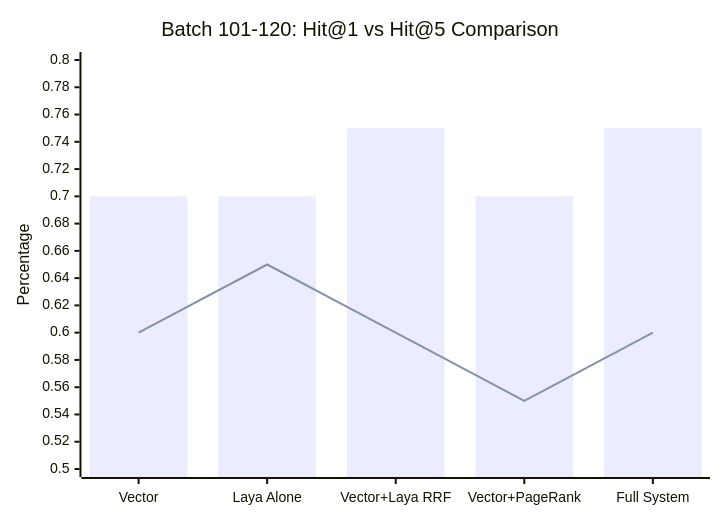
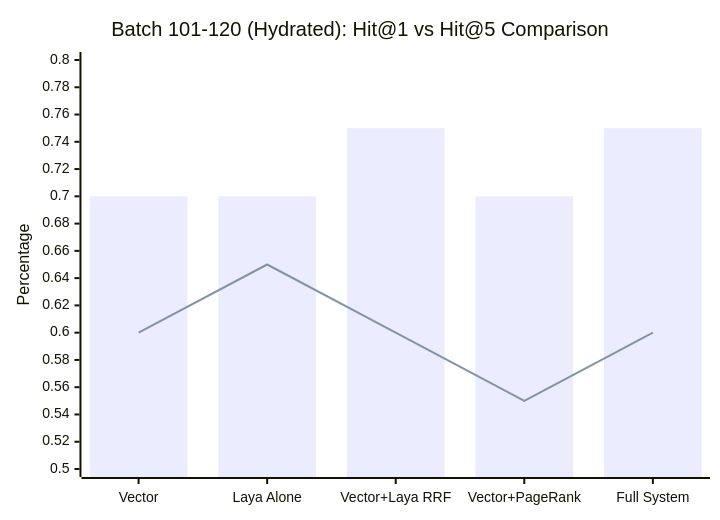
One commit to zombieTDV/UTH-Data-Mining-Real-Time-Scientific-Data-Mining-Advanced-RAG-System-for-AI-DS changed the second of 3 diagrams in docs/benchmarks/laya_pagerank_benchmark_report.md. Above: the diagram before and after it, drawn with Mermaid. The commit also changed other lines of this file and 3 other files, not shown here.

````diff
--- a/docs/benchmarks/laya_pagerank_benchmark_report.md
+++ b/docs/benchmarks/laya_pagerank_benchmark_report.md
@@ -44,8 +44,8 @@
 ```mermaid
 xychart-beta
-    title "Batch 101-120: Hit@1 vs Hit@5 Comparison"
+    title "Batch 101-120 (Hydrated): Hit@1 vs Hit@5 Comparison"
     x-axis ["Vector", "Laya Alone", "Vector+Laya RRF", "Vector+PageRank", "Full System"]
     y-axis "Percentage" 0.50 --> 0.80
     bar [0.70, 0.70, 0.75, 0.70, 0.75]
     line [0.60, 0.65, 0.60, 0.55, 0.60]
 ```
````
